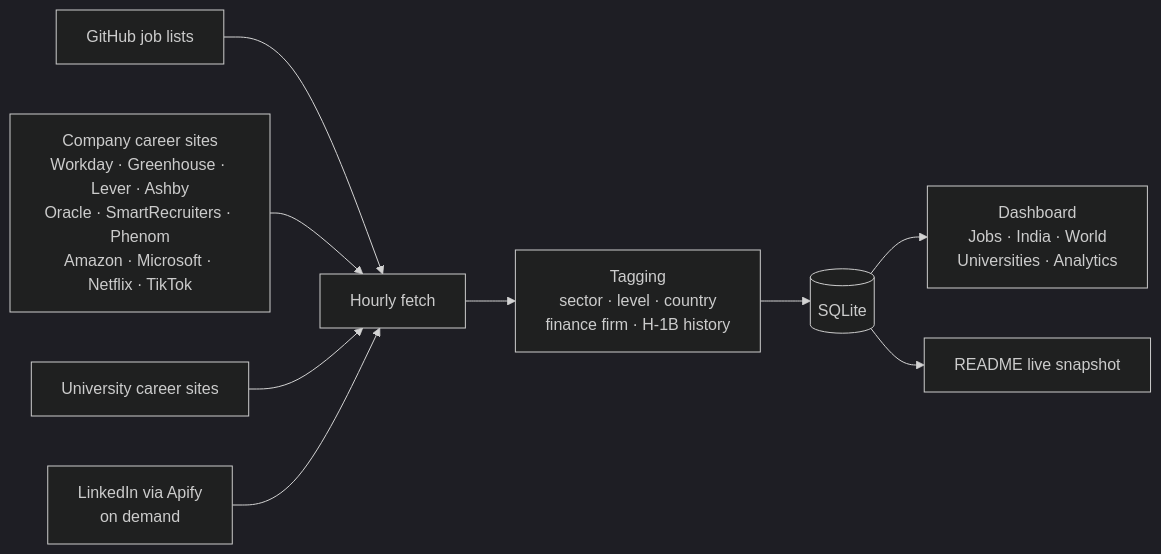
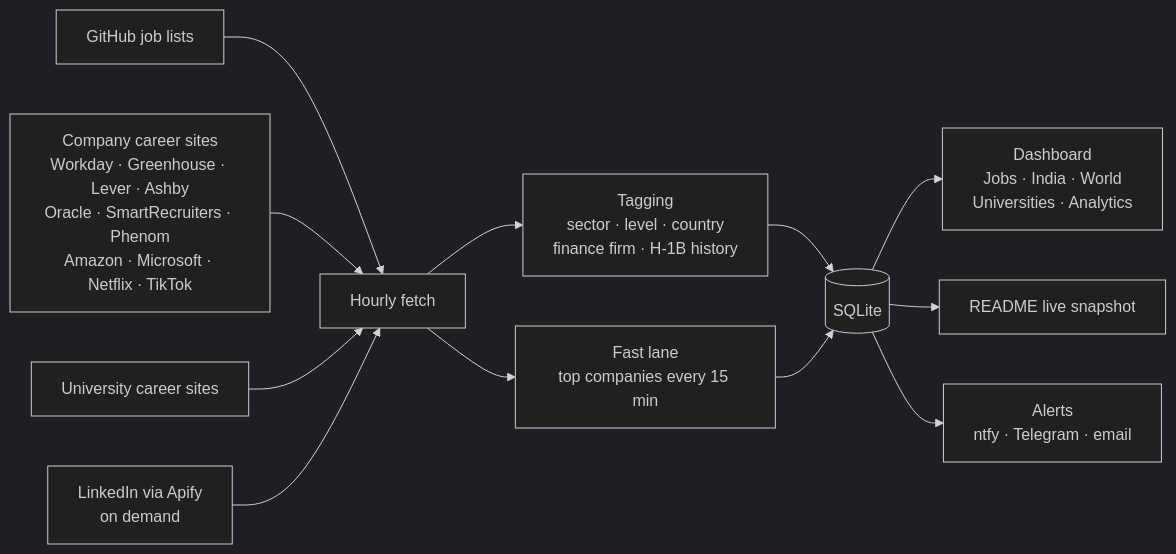
The diagram in README.md (jai0812/job_portal), drawn with Mermaid (dark theme) before and after one commit. The commit also changed other lines of this file and 15 other files, not shown here.

First line of the commit message:
Top companies tab, fast lane, alerts, status menu, Apify budget guard

````diff
--- a/README.md
+++ b/README.md
@@ -86,11 +90,14 @@
 ```mermaid
 flowchart LR
     A[GitHub job lists] --> F
     B[Company career sites<br/>Workday · Greenhouse · Lever · Ashby<br/>Oracle · SmartRecruiters · Phenom<br/>Amazon · Microsoft · Netflix · TikTok] --> F
     C[University career sites] --> F
     D[LinkedIn via Apify<br/>on demand] --> F
     F[Hourly fetch] --> G[Tagging<br/>sector · level · country<br/>finance firm · H-1B history]
     G --> H[(SQLite)]
     H --> I[Dashboard<br/>Jobs · India · World<br/>Universities · Analytics]
     H --> J[README live snapshot]
+    F --> K[Fast lane<br/>top companies every 15 min]
+    K --> H
+    H --> L[Alerts<br/>ntfy · Telegram · email]
 ```
````
